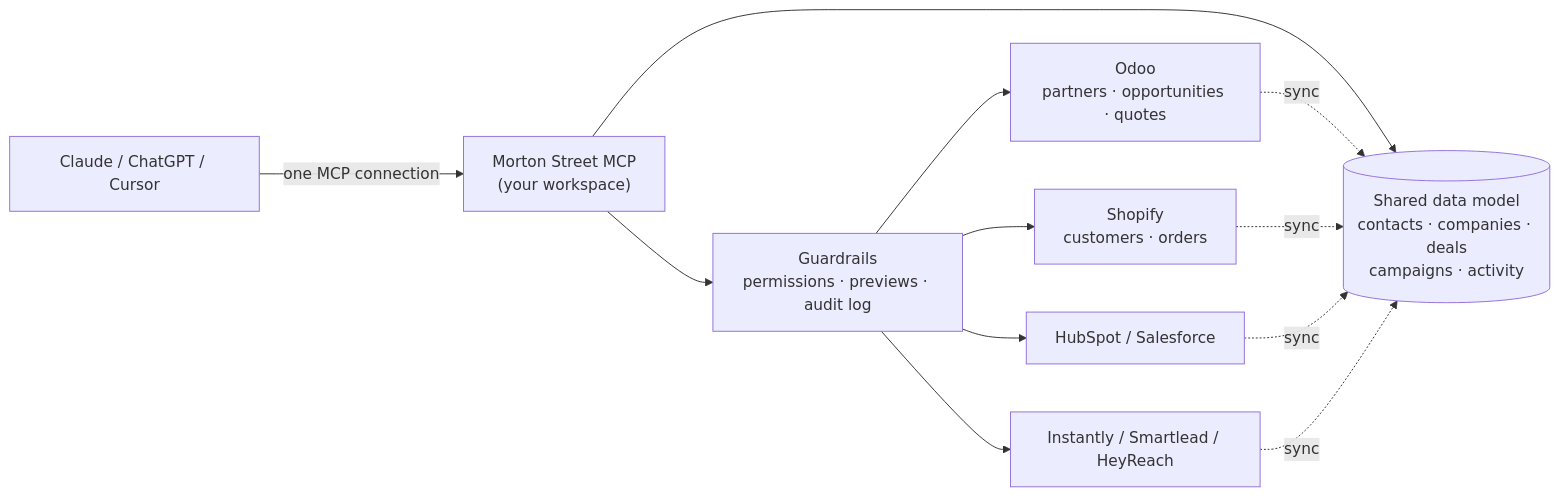
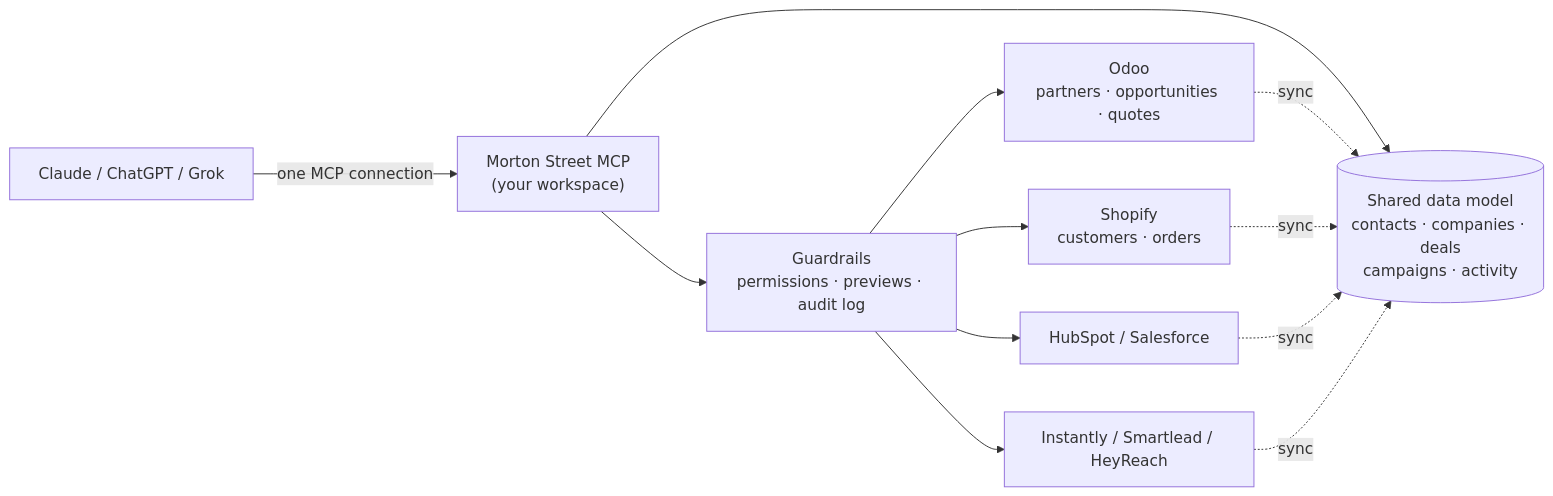
Before and after one commit to mortonstreetai/public-docs: the first of 2 diagrams in mcp/overview.mdx, drawn with Mermaid. The commit also changed 14 other files, not shown here.

````diff
--- a/mcp/overview.mdx
+++ b/mcp/overview.mdx
@@ -19,14 +19,14 @@
 ```mermaid
 flowchart LR
-  A["Claude / ChatGPT / Cursor"] -- "one MCP connection" --> M["Morton Street MCP<br/>(your workspace)"]
+  A["Claude / ChatGPT / Grok"] -- "one MCP connection" --> M["Morton Street MCP<br/>(your workspace)"]
   M --> S[("Shared data model<br/>contacts · companies · deals<br/>campaigns · activity")]
   M --> G["Guardrails<br/>permissions · previews · audit log"]
   G --> O["Odoo<br/>partners · opportunities · quotes"]
   G --> SH["Shopify<br/>customers · orders"]
   G --> C["HubSpot / Salesforce"]
   G --> Q["Instantly / Smartlead / HeyReach"]
   O -. sync .-> S
   SH -. sync .-> S
   C -. sync .-> S
   Q -. sync .-> S
 ```
````
